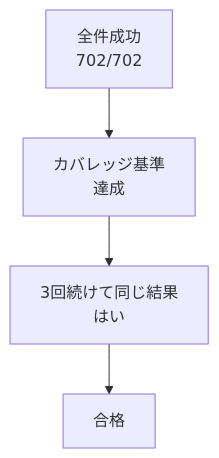
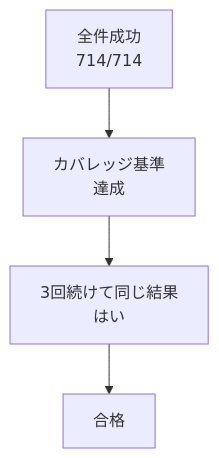
Before and after one commit to pocarialice/rpglearning: the third of 3 diagrams in documents/モジュールテスト結果報告書_RPG学習アプリ.md, drawn with Mermaid. The commit also changed other lines of this file and 1 other file, not shown here.

````diff
--- a/documents/モジュールテスト結果報告書_RPG学習アプリ.md
+++ b/documents/モジュールテスト結果報告書_RPG学習アプリ.md
@@ -1457,6 +1484,6 @@
 ```mermaid
 flowchart TD
-  A["全件成功<br>702/702"] --> B["カバレッジ基準<br>達成"]
+  A["全件成功<br>714/714"] --> B["カバレッジ基準<br>達成"]
   B --> C["3回続けて同じ結果<br>はい"]
   C --> D["合格"]
 ```
````
